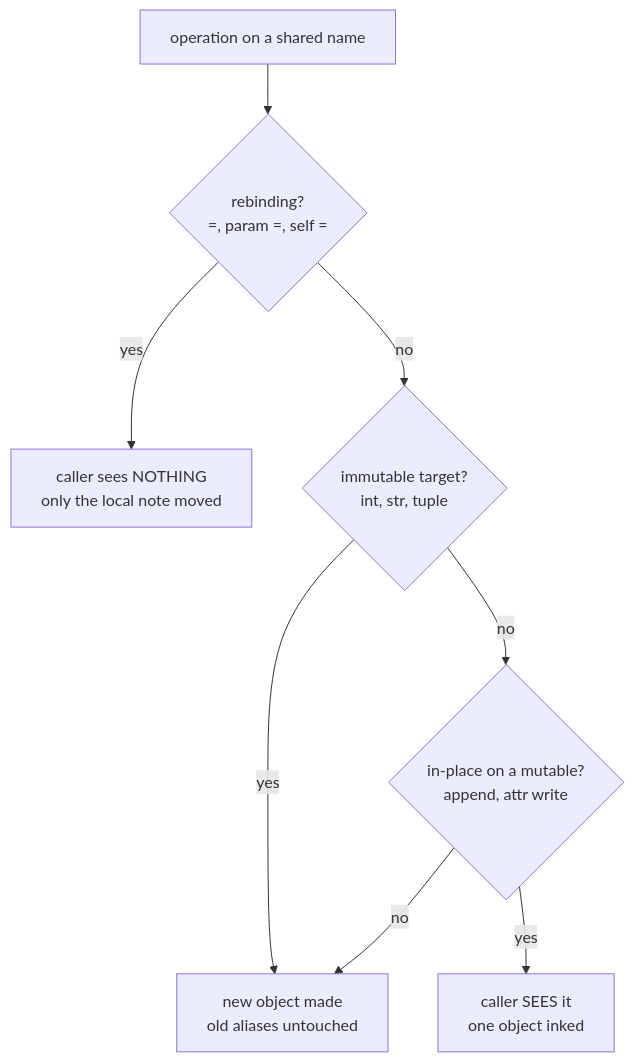
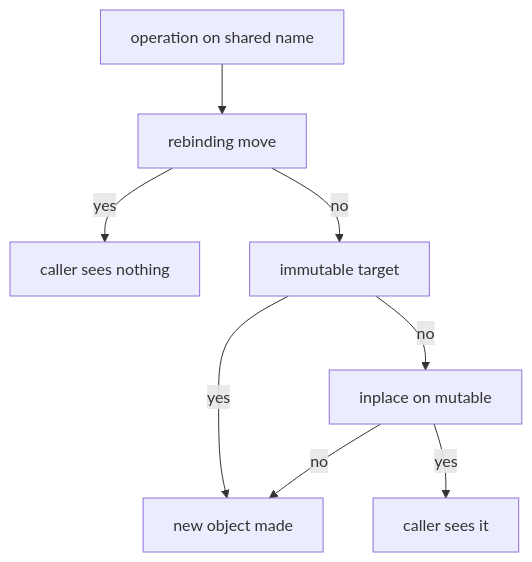
One commit to AslamNazeerShaikh/Python-Material changed the first of 2 diagrams in docs/learning/11-access-modifiers-and-shared-mutation.md. Above: the diagram before and after it, drawn with Mermaid. The commit also changed other lines of this file and 16 other files, not shown here.

Commit message:
docs(learning): rebuild all mermaid in safe subset

````diff
--- a/docs/learning/11-access-modifiers-and-shared-mutation.md
+++ b/docs/learning/11-access-modifiers-and-shared-mutation.md
@@ -501,17 +501,17 @@
 ```mermaid
 flowchart TD
-    OP["operation on a shared name"]
-    REB{"rebinding?<br/>=, param =, self ="}
-    LOCAL["caller sees NOTHING<br/>only the local note moved"]
-    IMM{"immutable target?<br/>int, str, tuple"}
-    NEWOBJ["new object made<br/>old aliases untouched"]
-    INPLACE{"in-place on a mutable?<br/>append, attr write"}
-    SHARED["caller SEES it<br/>one object inked"]
+    OP[operation on shared name]
+    REB[rebinding move]
+    LOCAL[caller sees nothing]
+    IMM[immutable target]
+    NEWOBJ[new object made]
+    INPLACE[inplace on mutable]
+    SHARED[caller sees it]
     OP --> REB
-    REB -->|"yes"| LOCAL
-    REB -->|"no"| IMM
-    IMM -->|"yes"| NEWOBJ
-    IMM -->|"no"| INPLACE
-    INPLACE -->|"yes"| SHARED
-    INPLACE -->|"no"| NEWOBJ
+    REB -->|yes| LOCAL
+    REB -->|no| IMM
+    IMM -->|yes| NEWOBJ
+    IMM -->|no| INPLACE
+    INPLACE -->|yes| SHARED
+    INPLACE -->|no| NEWOBJ
 ```
````
